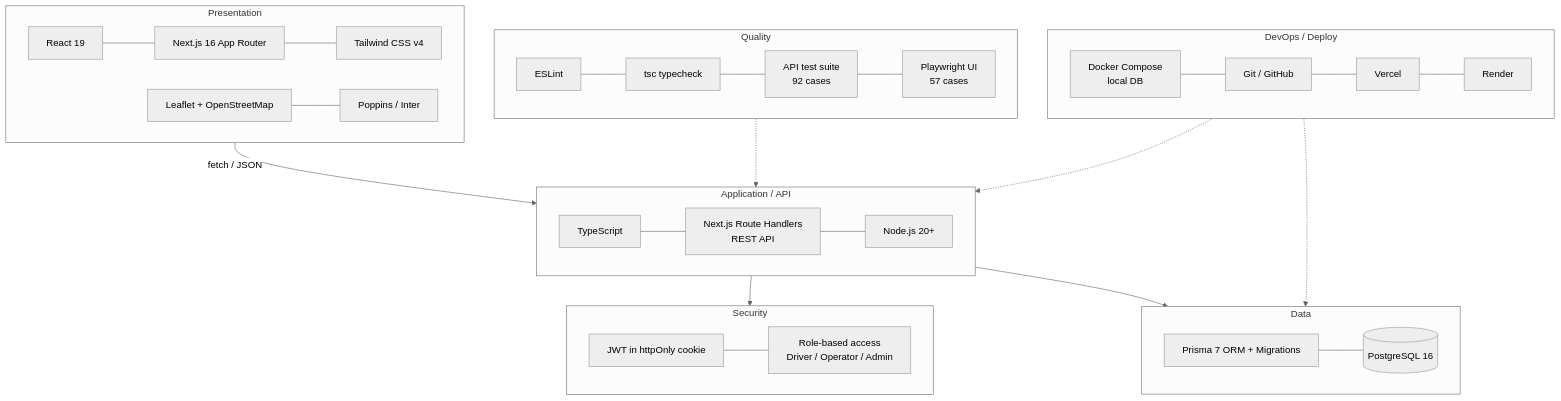
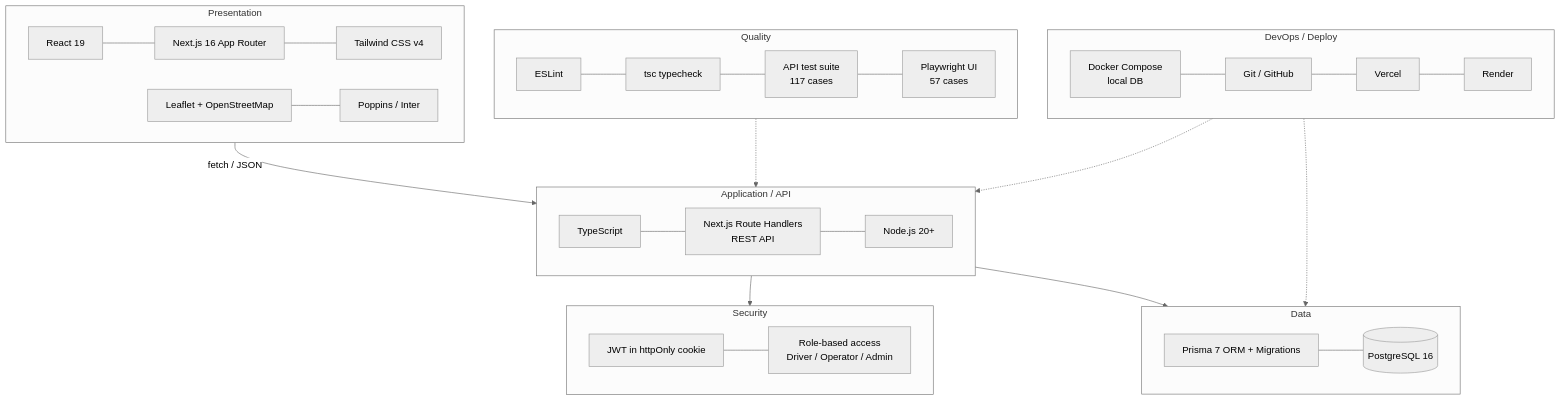
One commit to raftisz/Ev-charging-app changed the third of 5 diagrams in docs/system-diagrams.md. Above: the diagram before and after it, drawn with Mermaid (neutral theme). The commit also changed other lines of this file and 4 other files, not shown here.

````diff
--- a/docs/system-diagrams.md
+++ b/docs/system-diagrams.md
@@ -69,34 +69,34 @@
 ```mermaid
 flowchart TB
     subgraph FE["Presentation"]
         F1["React 19"] --- F2["Next.js 16 App Router"] --- F3["Tailwind CSS v4"]
         F4["Leaflet + OpenStreetMap"] --- F5["Poppins / Inter"]
     end
 
     subgraph BE["Application / API"]
         B1["TypeScript"] --- B2["Next.js Route Handlers<br/>REST API"] --- B3["Node.js 20+"]
     end
 
     subgraph SEC["Security"]
         S1["JWT in httpOnly cookie"] --- S2["Role-based access<br/>Driver / Operator / Admin"]
     end
 
     subgraph DATA["Data"]
         D1["Prisma 7 ORM + Migrations"] --- D2[("PostgreSQL 16")]
     end
 
     subgraph QA["Quality"]
-        Q1["ESLint"] --- Q2["tsc typecheck"] --- Q3["API test suite<br/>92 cases"] --- Q4["Playwright UI<br/>57 cases"]
+        Q1["ESLint"] --- Q2["tsc typecheck"] --- Q3["API test suite<br/>117 cases"] --- Q4["Playwright UI<br/>57 cases"]
     end
 
     subgraph OPS["DevOps / Deploy"]
         O1["Docker Compose<br/>local DB"] --- O2["Git / GitHub"] --- O3["Vercel"] --- O4["Render"]
     end
 
     FE -->|"fetch / JSON"| BE
     BE --> SEC
     BE --> DATA
     QA -.-> BE
     OPS -.-> BE
     OPS -.-> DATA
 ```
````
